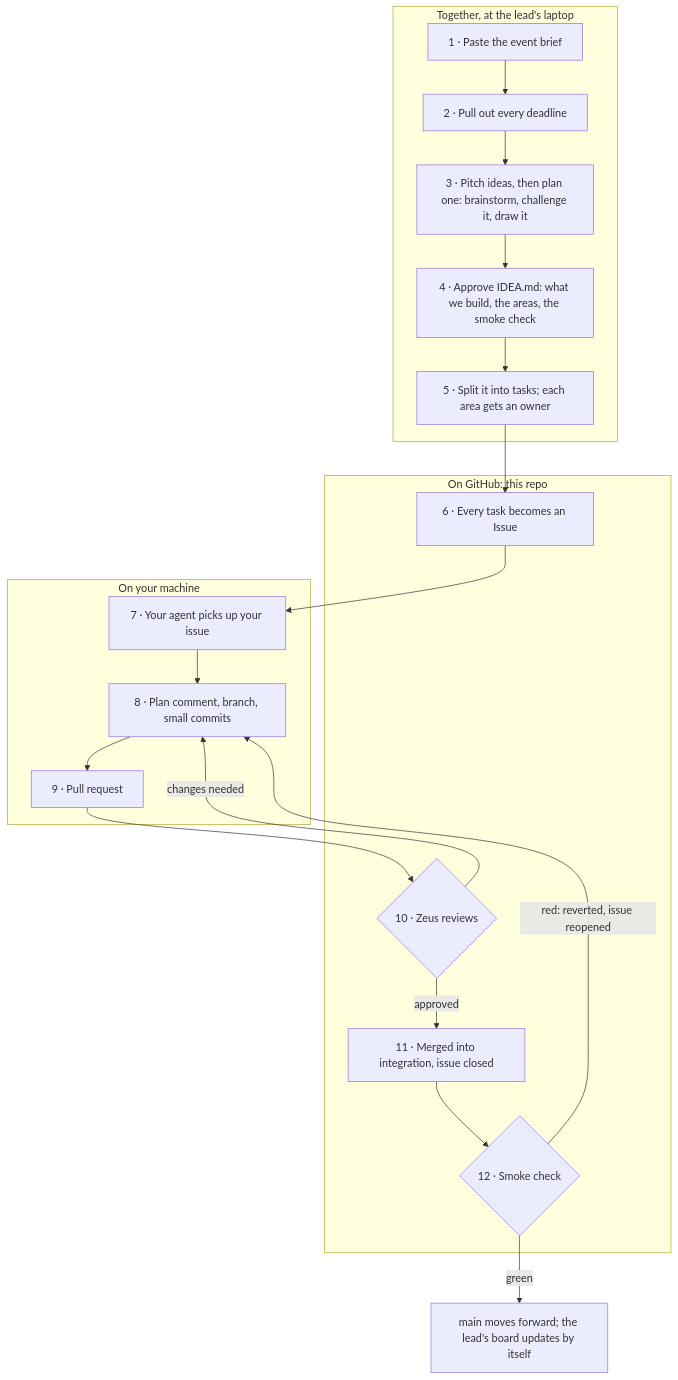
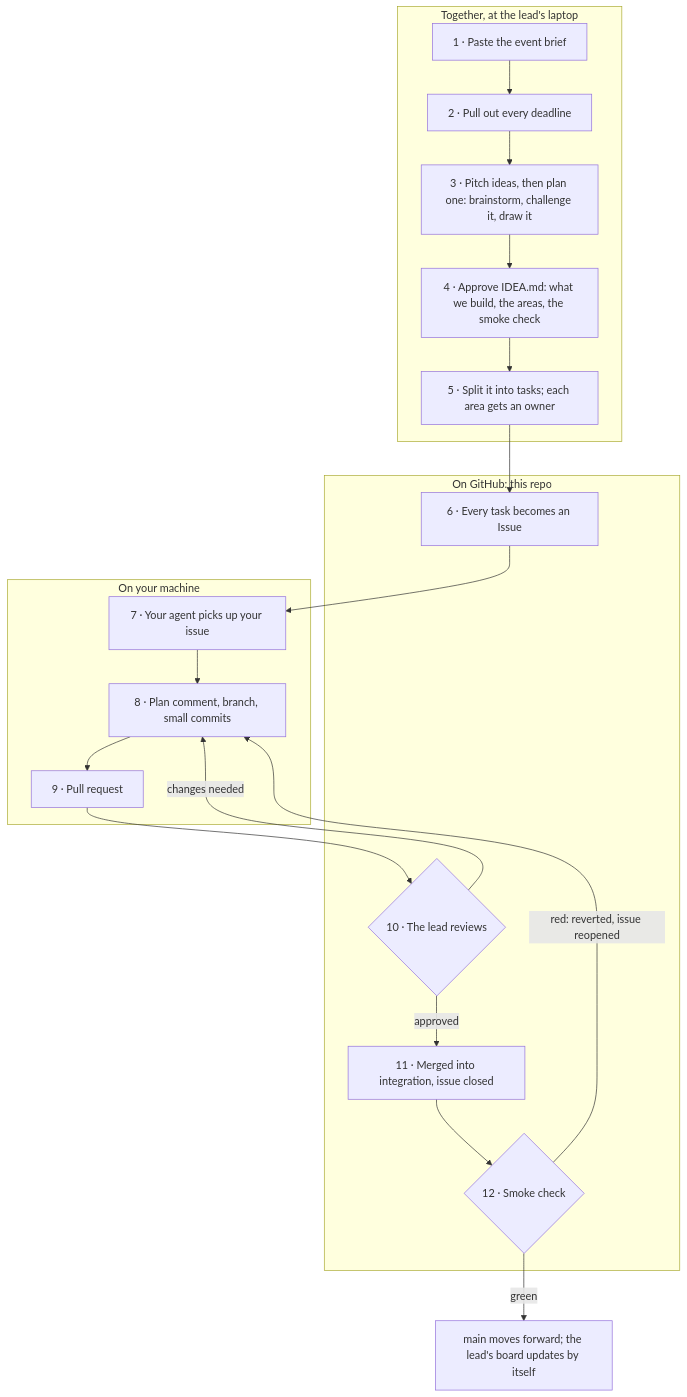
Before and after one commit to atiladeokegab/hackathon_teamwork: the first of 5 diagrams in README.md, drawn with Mermaid. The commit also changed other lines of this file and 3 other files, not shown here.

````diff
--- a/README.md
+++ b/README.md
@@ -35,26 +35,26 @@
 ```mermaid
 flowchart TB
     subgraph LEAD["Together, at the lead's laptop"]
         A["1 · Paste the event brief"] --> B["2 · Pull out every deadline"]
         B --> C["3 · Pitch ideas, then plan one: brainstorm, challenge it, draw it"]
         C --> D["4 · Approve IDEA.md: what we build, the areas, the smoke check"]
         D --> E["5 · Split it into tasks; each area gets an owner"]
     end
     subgraph GH["On GitHub: this repo"]
         F["6 · Every task becomes an Issue"]
-        R{"10 · Zeus reviews"}
+        R{"10 · The lead reviews"}
         M["11 · Merged into integration, issue closed"]
         S{"12 · Smoke check"}
     end
     subgraph YOU["On your machine"]
         G["7 · Your agent picks up your issue"] --> H["8 · Plan comment, branch, small commits"]
         H --> I["9 · Pull request"]
     end
     E --> F --> G
     I --> R
     R -- "changes needed" --> H
     R -- "approved" --> M
     M --> S
     S -- "green" --> N["main moves forward; the lead's board updates by itself"]
     S -- "red: reverted, issue reopened" --> H
 ```
````
